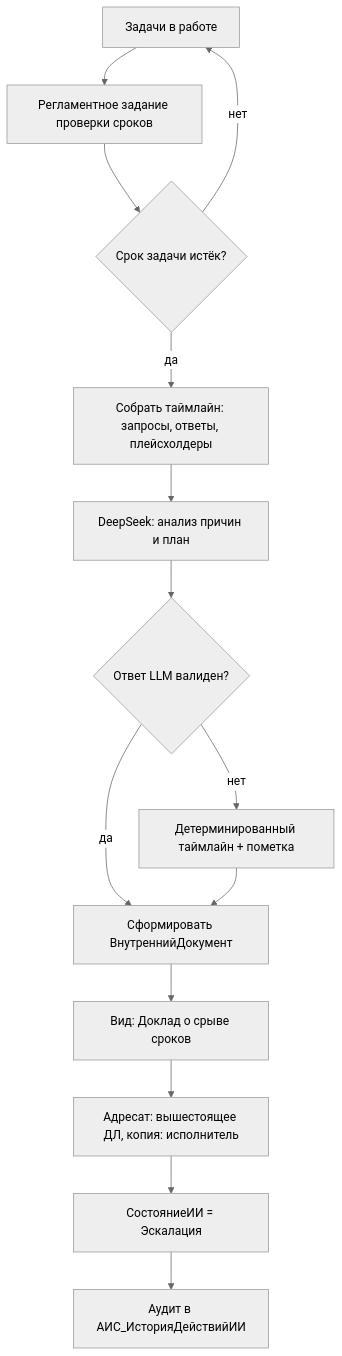
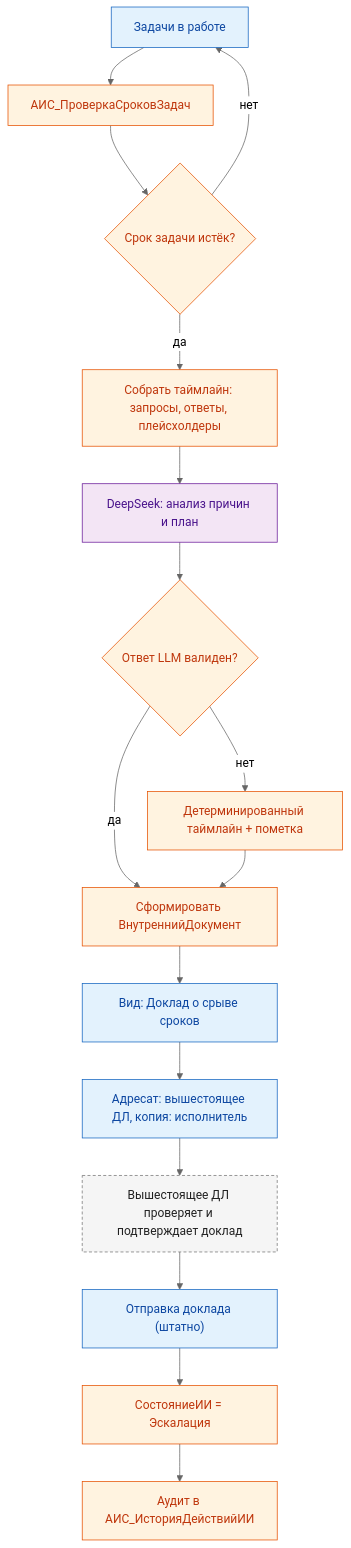
One commit to igorvolk1961/ai_scrivener changed the eighth of 16 diagrams in docs/process-diagrams.md. Above: the diagram before and after it, drawn with Mermaid (neutral theme). The commit also changed other lines of this file and 16 other files, not shown here.

First line of the commit message:
Reorganize docs, add C4 model and color process diagrams

````diff
--- a/docs/process-diagrams.md
+++ b/docs/process-diagrams.md
@@ -216,16 +288,26 @@
 ```mermaid
 flowchart TD
-  A["Задачи в работе"] --> B["Регламентное задание проверки сроков"]
+  A["Задачи в работе"] --> B["АИС_ПроверкаСроковЗадач"]
   B --> C{"Срок задачи истёк?"}
   C -->|"нет"| A
   C -->|"да"| D["Собрать таймлайн: запросы, ответы, плейсхолдеры"]
   D --> E["DeepSeek: анализ причин и план"]
   E --> F{"Ответ LLM валиден?"}
   F -->|"нет"| G["Детерминированный таймлайн + пометка"]
   F -->|"да"| H["Сформировать ВнутреннийДокумент"]
   G --> H
   H --> I["Вид: Доклад о срыве сроков"]
   I --> J["Адресат: вышестоящее ДЛ, копия: исполнитель"]
-  J --> K["СостояниеИИ = Эскалация"]
+  J --> M["Вышестоящее ДЛ проверяет и подтверждает доклад"]
+  M --> N["Отправка доклада (штатно)"]
+  N --> K["СостояниеИИ = Эскалация"]
   K --> L["Аудит в АИС_ИсторияДействийИИ"]
+  classDef base fill:#E3F2FD,stroke:#1565C0,color:#0D47A1
+  classDef ext fill:#FFF3E0,stroke:#E65100,color:#BF360C
+  classDef manual fill:#F5F5F5,stroke:#757575,color:#212121,stroke-dasharray: 4 3
+  classDef ai fill:#F3E5F5,stroke:#6A1B9A,color:#4A148C
+  class A,I,J,N base
+  class B,C,D,F,G,H,K,L ext
+  class M manual
+  class E ai
 ```
````
